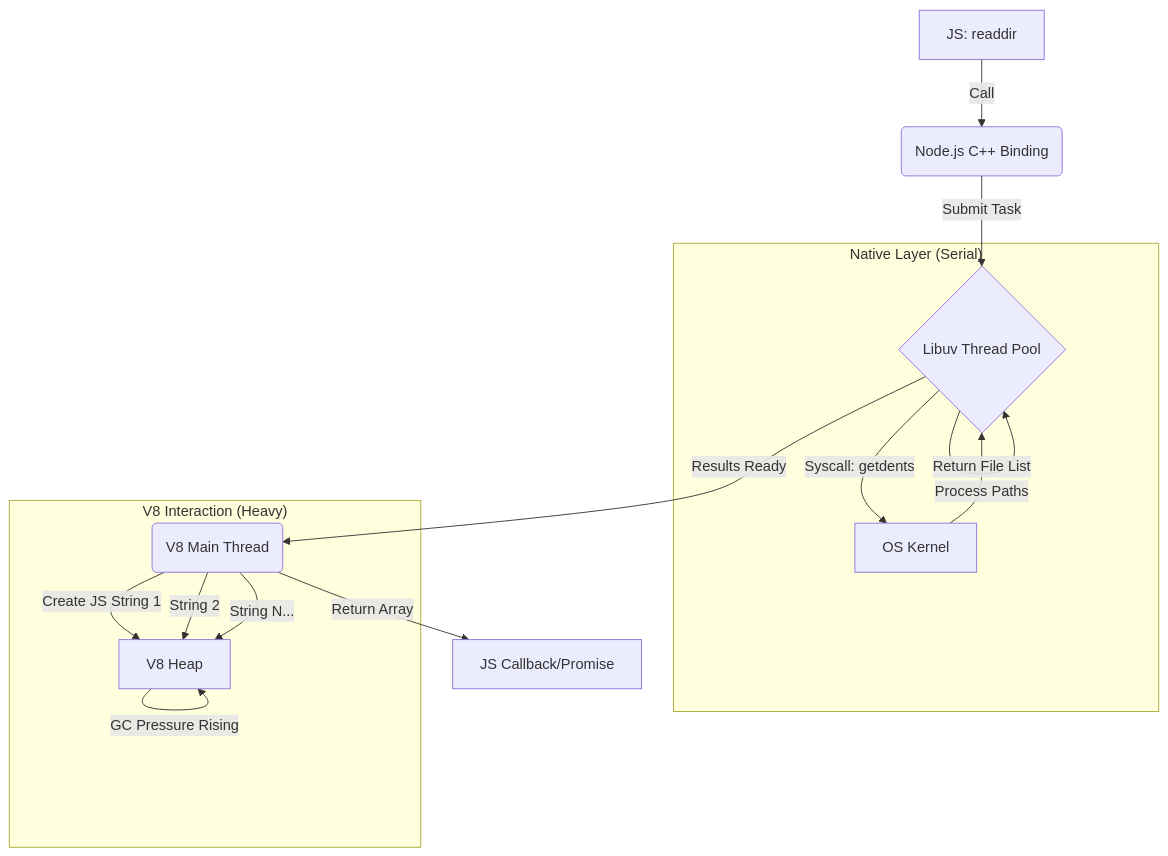
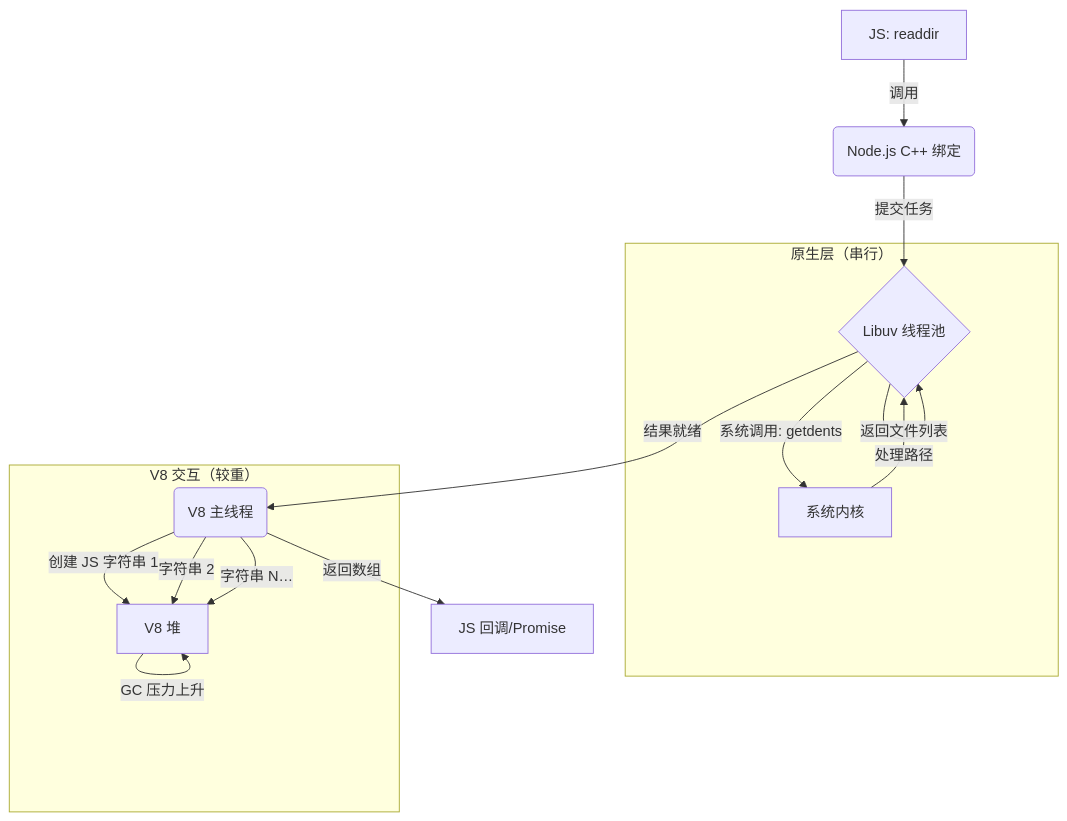
The first of 2 diagrams in README.zh-CN.md (CoderSerio/rush-fs), drawn with Mermaid before and after one commit. The commit also changed other lines of this file and 2 other files, not shown here.

````diff
--- a/README.zh-CN.md
+++ b/README.zh-CN.md
@@ -145,22 +145,22 @@
 ```mermaid
 graph TD
-    A["JS: readdir"] -->|Call| B("Node.js C++ Binding")
-    B -->|Submit Task| C{"Libuv Thread Pool"}
+    A["JS: readdir"] -->|调用| B("Node.js C++ 绑定")
+    B -->|提交任务| C{"Libuv 线程池"}
 
-    subgraph "Native Layer (Serial)"
-    C -->|"Syscall: getdents"| D[OS Kernel]
-    D -->|"Return File List"| C
-    C -->|"Process Paths"| C
+    subgraph "原生层（串行）"
+    C -->|"系统调用: getdents"| D[系统内核]
+    D -->|"返回文件列表"| C
+    C -->|"处理路径"| C
     end
 
-    C -->|"Results Ready"| E("V8 Main Thread")
+    C -->|"结果就绪"| E("V8 主线程")
 
-    subgraph "V8 Interaction (Heavy)"
-    E -->|"Create JS String 1"| F[V8 Heap]
-    E -->|"String 2"| F
-    E -->|"String N..."| F
-    F -->|"GC Pressure Rising"| F
+    subgraph "V8 交互（较重）"
+    E -->|"创建 JS 字符串 1"| F[V8 堆]
+    E -->|"字符串 2"| F
+    E -->|"字符串 N…"| F
+    F -->|"GC 压力上升"| F
     end
 
-    E -->|"Return Array"| G["JS Callback/Promise"]
+    E -->|"返回数组"| G["JS 回调/Promise"]
 ```
````
